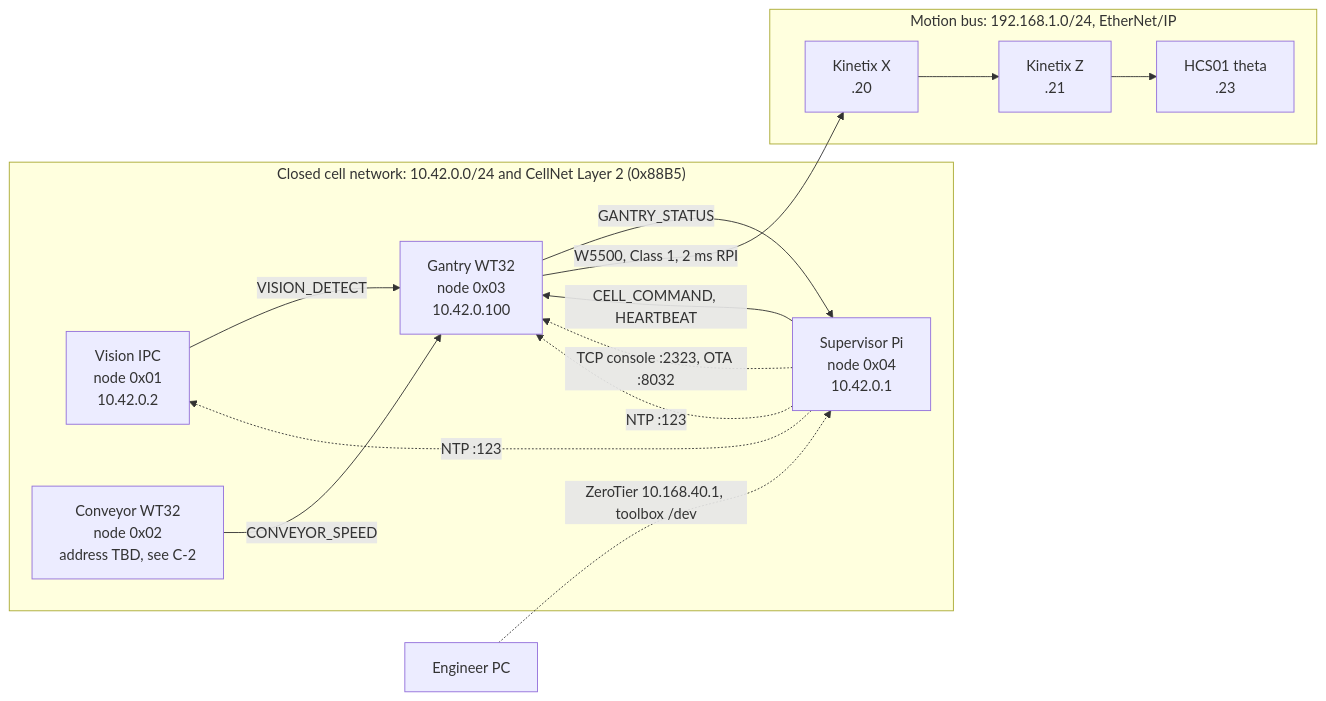
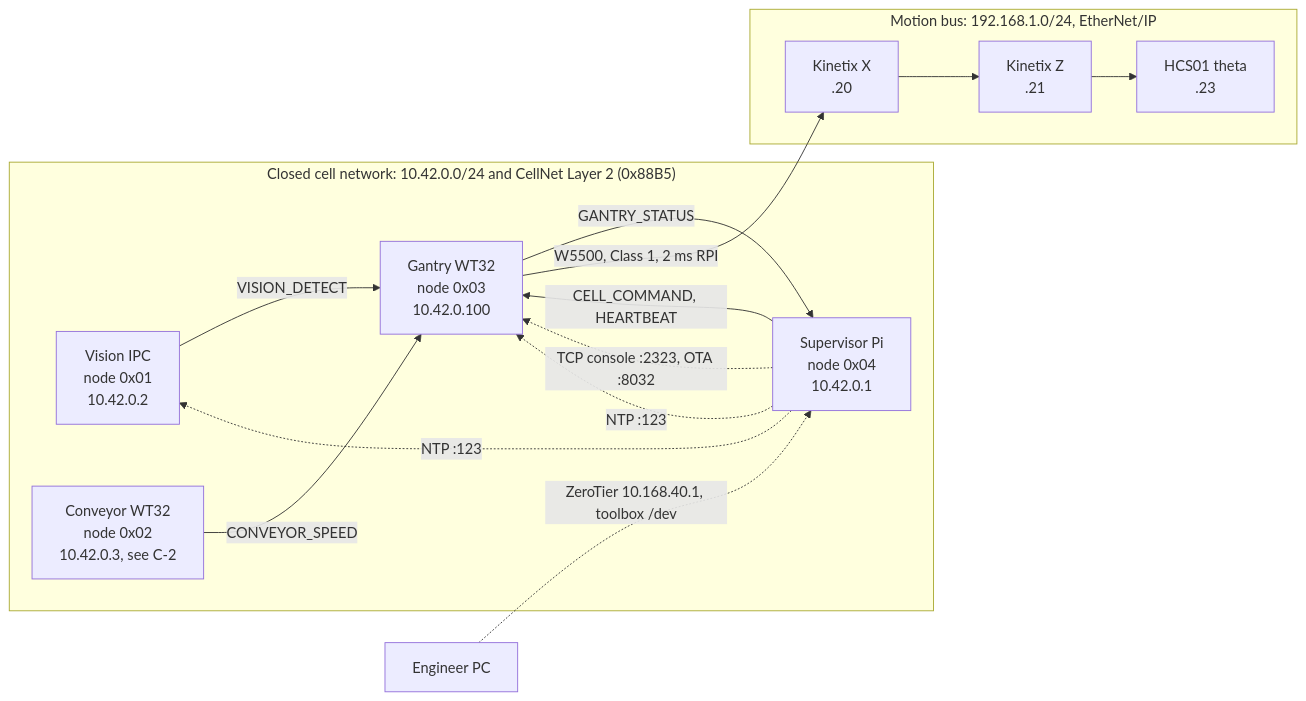
One commit to Mynderse-Research-Lab/wt32-eth01-FreeRTOS changed the diagram in docs/ONBOARDING.md. Above: the diagram before and after it, drawn with Mermaid. The commit also changed other lines of this file, not shown here.

First line of the commit message:
docs: record the 7 s spacing, conveyor address and G-D2 owner

````diff
--- a/docs/ONBOARDING.md
+++ b/docs/ONBOARDING.md
@@ -33,24 +33,24 @@
 ```mermaid
 flowchart LR
   subgraph cell ["Closed cell network: 10.42.0.0/24 and CellNet Layer 2 (0x88B5)"]
     V["Vision IPC<br/>node 0x01<br/>10.42.0.2"]
-    C["Conveyor WT32<br/>node 0x02<br/>address TBD, see C-2"]
+    C["Conveyor WT32<br/>node 0x02<br/>10.42.0.3, see C-2"]
     G["Gantry WT32<br/>node 0x03<br/>10.42.0.100"]
     S["Supervisor Pi<br/>node 0x04<br/>10.42.0.1"]
   end
   subgraph bus ["Motion bus: 192.168.1.0/24, EtherNet/IP"]
     X["Kinetix X<br/>.20"]
     Z["Kinetix Z<br/>.21"]
     T["HCS01 theta<br/>.23"]
   end
   V -- "VISION_DETECT" --> G
   C -- "CONVEYOR_SPEED" --> G
   S -- "CELL_COMMAND, HEARTBEAT" --> G
   G -- "GANTRY_STATUS" --> S
   G -- "W5500, Class 1, 2 ms RPI" --> X
   X --> Z --> T
   S -. "TCP console :2323, OTA :8032" .-> G
   S -. "NTP :123" .-> V
   S -. "NTP :123" .-> G
   E["Engineer PC"] -. "ZeroTier 10.168.40.1, toolbox /dev" .-> S
 ```
````
